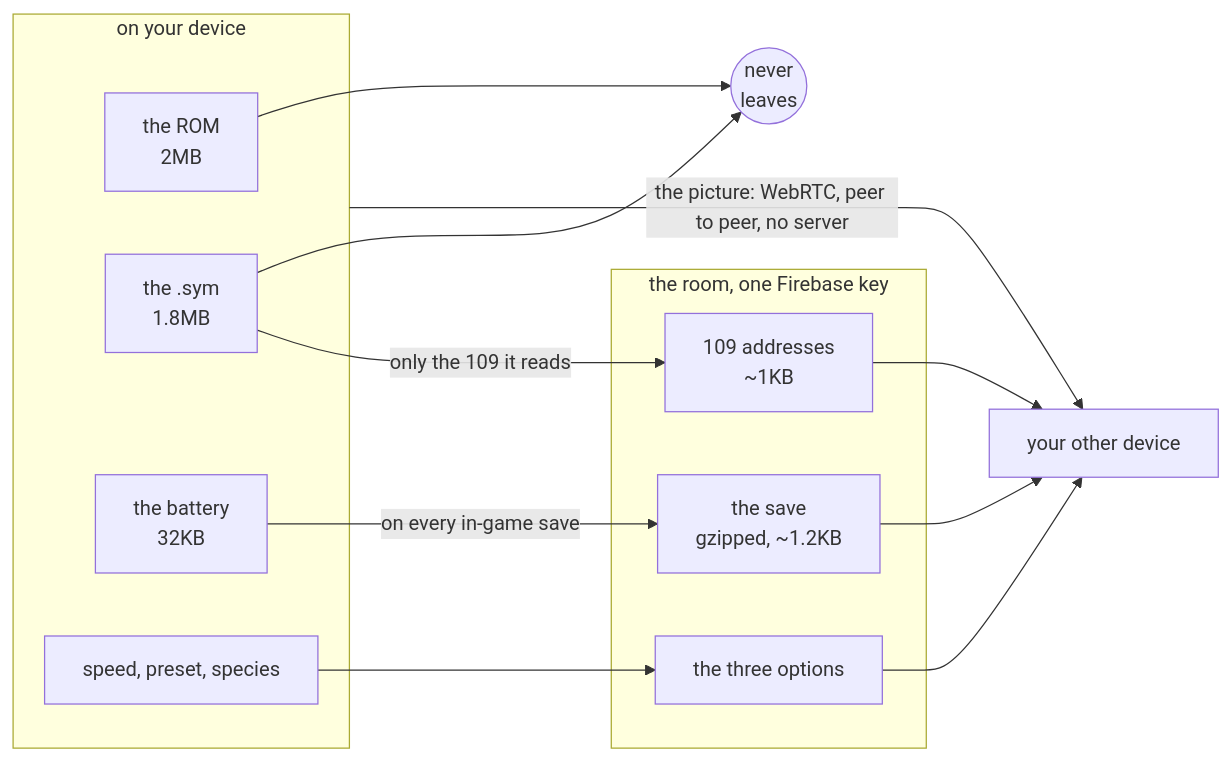
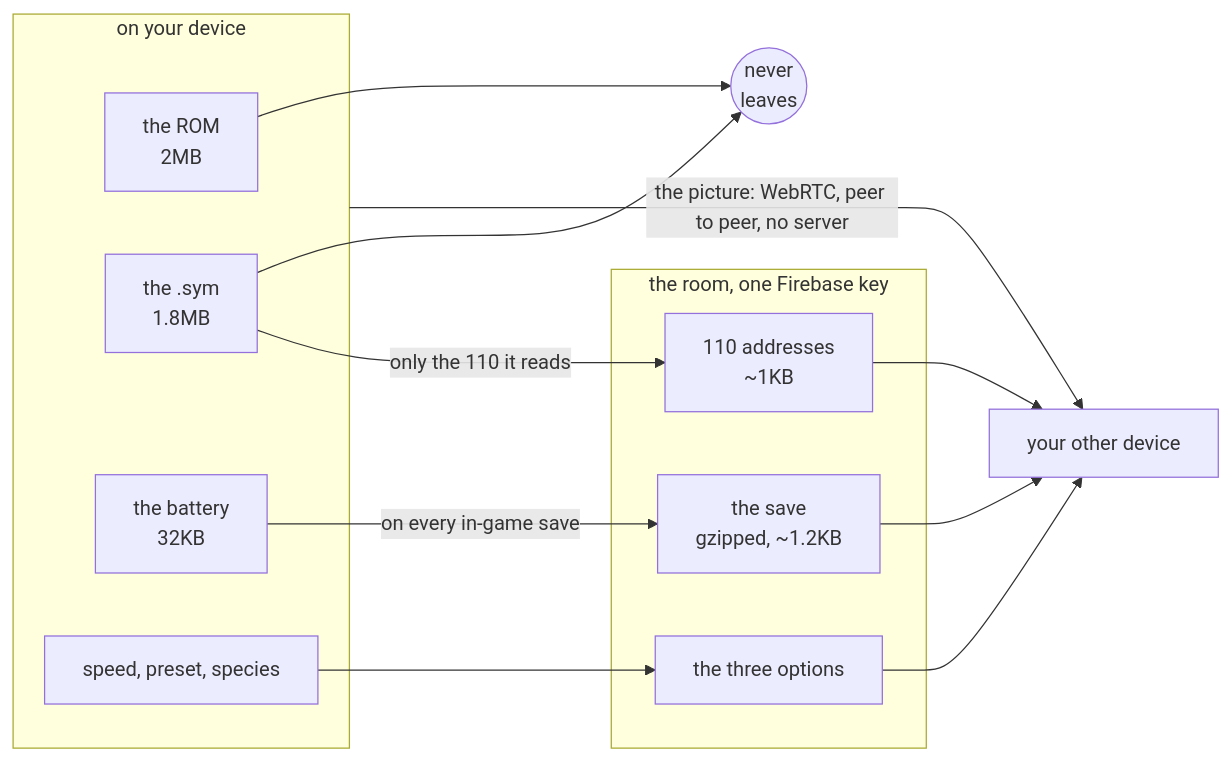
One commit to minormending/crystal-pilot-mobile changed the second of 2 diagrams in docs/DEVICES.md. Above: the diagram before and after it, drawn with Mermaid. The commit also changed other lines of this file and 10 other files, not shown here.

````diff
--- a/docs/DEVICES.md
+++ b/docs/DEVICES.md
@@ -328,25 +328,25 @@
 ```mermaid
 flowchart LR
     subgraph D["on your device"]
         ROM["the ROM<br/>2MB"]
         SYM["the .sym<br/>1.8MB"]
         SAVE["the battery<br/>32KB"]
         OPT["speed, preset, species"]
     end
     STOP(("never<br/>leaves"))
     subgraph R["the room, one Firebase key"]
-        A["109 addresses<br/>~1KB"]
+        A["110 addresses<br/>~1KB"]
         S["the save<br/>gzipped, ~1.2KB"]
         O["the three options"]
     end
     OTHER["your other device"]
     ROM --> STOP
     SYM --> STOP
-    SYM -->|"only the 109 it reads"| A
+    SYM -->|"only the 110 it reads"| A
     SAVE -->|"on every in-game save"| S
     OPT --> O
     A --> OTHER
     S --> OTHER
     O --> OTHER
     D -->|"the picture: WebRTC, peer to peer, no server"| OTHER
 ```
````
